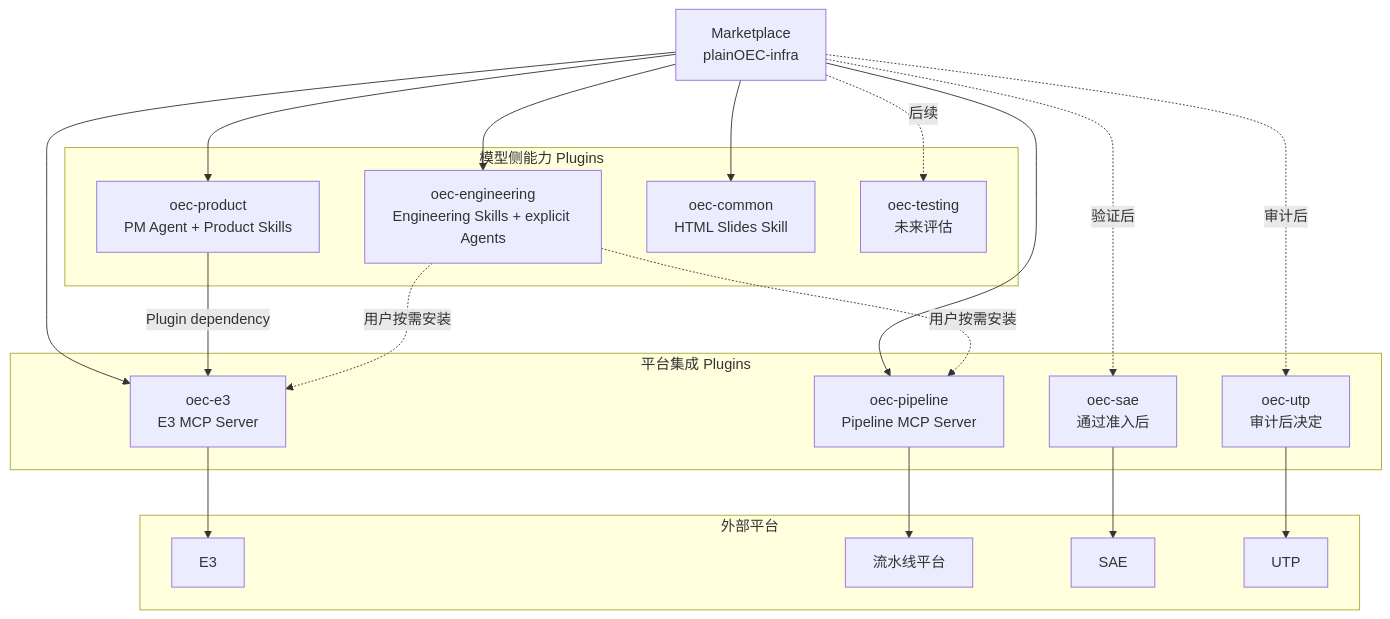
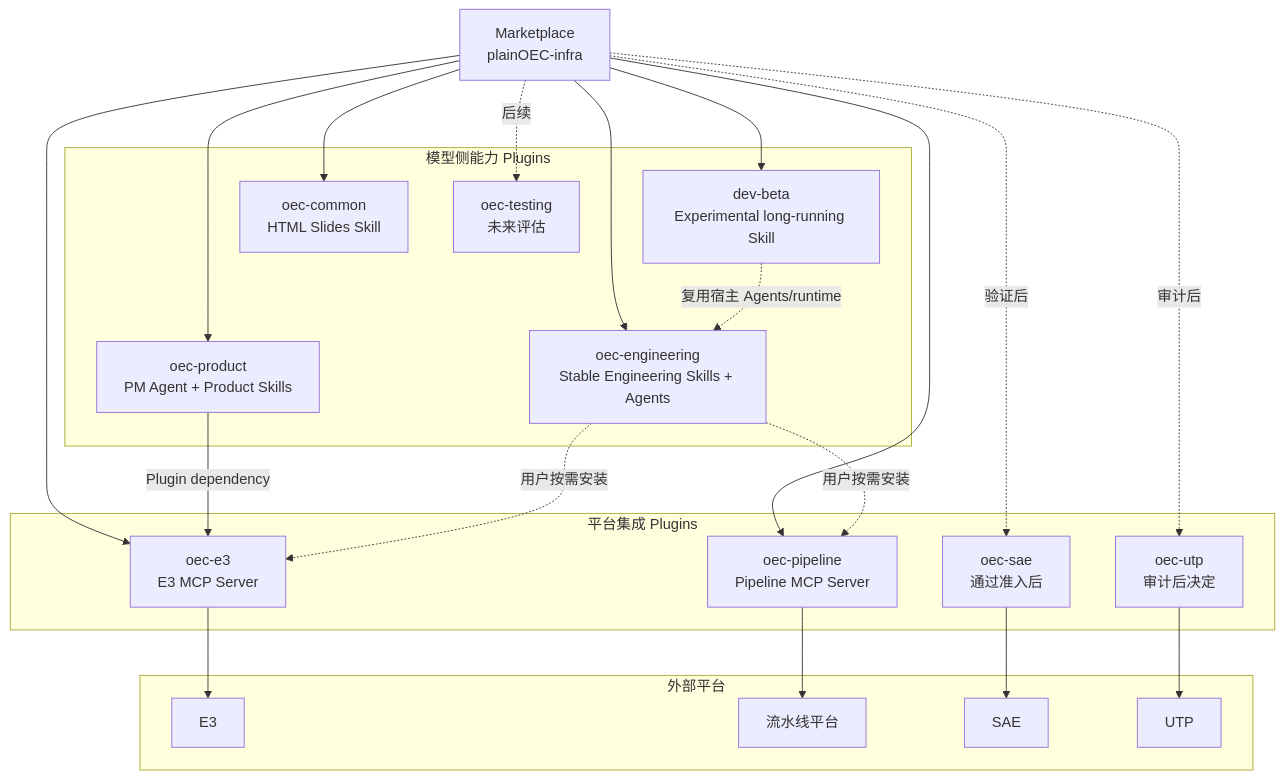
The first of 2 diagrams in docs/architecture/platform-plugin-hierarchy.md (quanxinwang18-a11y/plainOEC-infra), drawn with Mermaid before and after one commit. The commit also changed other lines of this file and 82 other files, not shown here.

Commit message:
feat(marketplace): add Engineering 1.9.0 and dev-beta

````diff
--- a/docs/architecture/platform-plugin-hierarchy.md
+++ b/docs/architecture/platform-plugin-hierarchy.md
@@ -27,43 +27,46 @@
 ```mermaid
 flowchart TB
     M["Marketplace<br/>plainOEC-infra"]
 
     subgraph D["模型侧能力 Plugins"]
         P["oec-product<br/>PM Agent + Product Skills"]
-        E["oec-engineering<br/>Engineering Skills + explicit Agents"]
+        E["oec-engineering<br/>Stable Engineering Skills + Agents"]
+        B["dev-beta<br/>Experimental long-running Skill"]
         C["oec-common<br/>HTML Slides Skill"]
         T["oec-testing<br/>未来评估"]
     end
 
     subgraph I["平台集成 Plugins"]
         E3["oec-e3<br/>E3 MCP Server"]
         PL["oec-pipeline<br/>Pipeline MCP Server"]
         SAE["oec-sae<br/>通过准入后"]
         UTP["oec-utp<br/>审计后决定"]
     end
 
     subgraph R["外部平台"]
         E3R["E3"]
         PLR["流水线平台"]
         SAER["SAE"]
         UTPR["UTP"]
     end
 
     M --> P
     M --> E
+    M --> B
     M --> C
     M -.后续.-> T
     M --> E3
     M --> PL
     M -.验证后.-> SAE
     M -.审计后.-> UTP
 
     P -->|"Plugin dependency"| E3
     E3 --> E3R
     PL --> PLR
     SAE --> SAER
     UTP --> UTPR
 
     E -.用户按需安装.-> E3
     E -.用户按需安装.-> PL
+    B -.复用宿主 Agents/runtime.-> E
 ```
````
